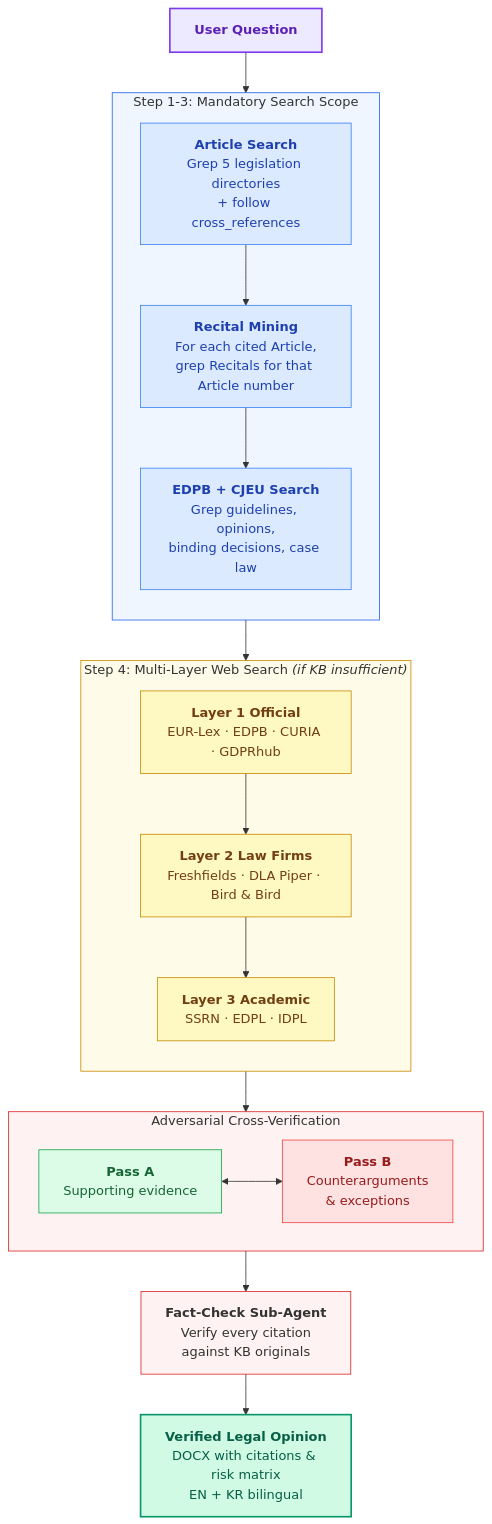
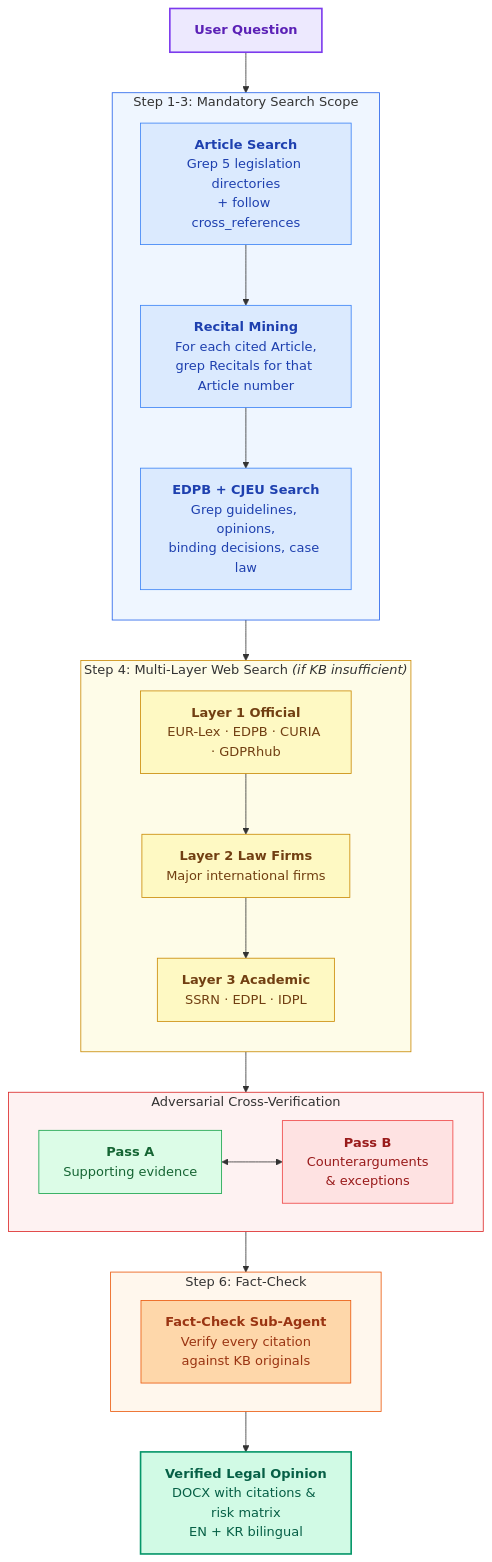
One commit to lowtidebuild/GDPR-expert changed the third of 3 diagrams in README.md. Above: the diagram before and after it, drawn with Mermaid. The commit also changed other lines of this file and 1 other file, not shown here.

First line of the commit message:
docs: simplify diagrams and align project roster

````diff
--- a/README.md
+++ b/README.md
@@ -250,52 +271,55 @@
 ```mermaid
 flowchart TD
     Q["<b>User Question</b>"]
 
     subgraph kb["Step 1-3: Mandatory Search Scope"]
         direction TB
         S1["<b>Article Search</b><br/>Grep 5 legislation directories<br/>+ follow cross_references"]
         S2["<b>Recital Mining</b><br/>For each cited Article,<br/>grep Recitals for that Article number"]
         S3["<b>EDPB + CJEU Search</b><br/>Grep guidelines, opinions,<br/>binding decisions, case law"]
         S1 --> S2 --> S3
     end
 
     subgraph web["Step 4: Multi-Layer Web Search <i>(if KB insufficient)</i>"]
         direction TB
         L1["<b>Layer 1 Official</b><br/>EUR-Lex · EDPB · CURIA · GDPRhub"]
-        L2["<b>Layer 2 Law Firms</b><br/>Freshfields · DLA Piper · Bird & Bird"]
+        L2["<b>Layer 2 Law Firms</b><br/>Major international firms"]
         L3["<b>Layer 3 Academic</b><br/>SSRN · EDPL · IDPL"]
         L1 --> L2 --> L3
     end
 
     subgraph verify["Adversarial Cross-Verification"]
         direction LR
         PA["<b>Pass A</b><br/>Supporting evidence"]
         PB["<b>Pass B</b><br/>Counterarguments<br/>& exceptions"]
         PA <--> PB
     end
 
-    FC["<b>Fact-Check Sub-Agent</b><br/>Verify every citation<br/>against KB originals"]
+    subgraph fc["Step 6: Fact-Check"]
+        FC["<b>Fact-Check Sub-Agent</b><br/>Verify every citation<br/>against KB originals"]
+    end
 
     O["<b>Verified Legal Opinion</b><br/>DOCX with citations & risk matrix<br/>EN + KR bilingual"]
 
     Q --> kb
     kb --> web
     web --> verify
-    verify --> FC
-    FC --> O
+    verify --> fc
+    fc --> O
 
     style Q fill:#ede9fe,stroke:#7c3aed,stroke-width:2px,color:#5b21b6
     style kb fill:#eff6ff,stroke:#2563eb,stroke-width:1px
     style web fill:#fefce8,stroke:#ca8a04,stroke-width:1px
     style verify fill:#fef2f2,stroke:#dc2626,stroke-width:1px
-    style FC fill:#fef2f2,stroke:#dc2626,stroke-width:1px
+    style fc fill:#fff7ed,stroke:#ea580c,stroke-width:1px
+    style FC fill:#fed7aa,stroke:#ea580c,color:#9a3412
     style O fill:#d1fae5,stroke:#059669,stroke-width:2px,color:#065f46
     style S1 fill:#dbeafe,stroke:#3b82f6,color:#1e40af
     style S2 fill:#dbeafe,stroke:#3b82f6,color:#1e40af
     style S3 fill:#dbeafe,stroke:#3b82f6,color:#1e40af
     style L1 fill:#fef9c3,stroke:#ca8a04,color:#713f12
     style L2 fill:#fef9c3,stroke:#ca8a04,color:#713f12
     style L3 fill:#fef9c3,stroke:#ca8a04,color:#713f12
     style PA fill:#dcfce7,stroke:#16a34a,color:#166534
     style PB fill:#fee2e2,stroke:#ef4444,color:#991b1b
 ```
````
